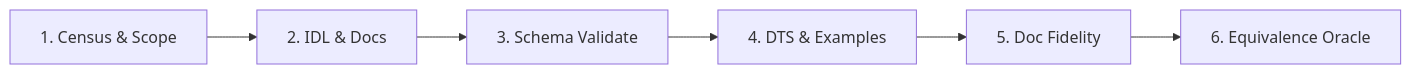
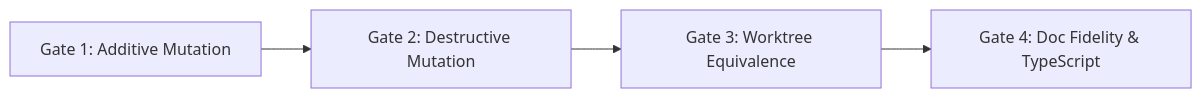
One commit to wlejon/brosurface changed the diagram in docs/MIGRATION-PLAYBOOK.md. Above: the diagram before and after it, drawn with Mermaid. The commit also changed other lines of this file, not shown here.

````diff
--- a/docs/MIGRATION-PLAYBOOK.md
+++ b/docs/MIGRATION-PLAYBOOK.md
@@ -70,8 +95,6 @@
 ```mermaid
 flowchart LR
-    G1[1. Census & Scope] --> G2[2. IDL & Docs]
-    G2 --> G3[3. Schema Validate]
-    G3 --> G4[4. DTS & Examples]
-    G4 --> G5[5. Doc Fidelity]
-    G5 --> G6[6. Equivalence Oracle]
+    G1[Gate 1: Additive Mutation] --> G2[Gate 2: Destructive Mutation]
+    G2 --> G3[Gate 3: Worktree Equivalence]
+    G3 --> G4[Gate 4: Doc Fidelity & TypeScript]
 ```
````
